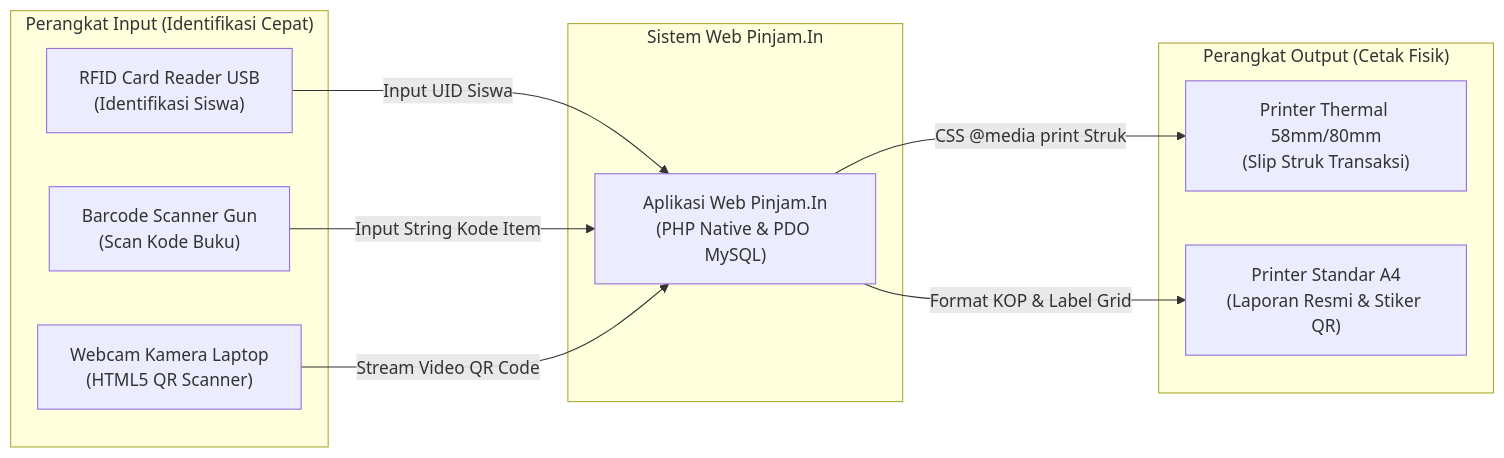
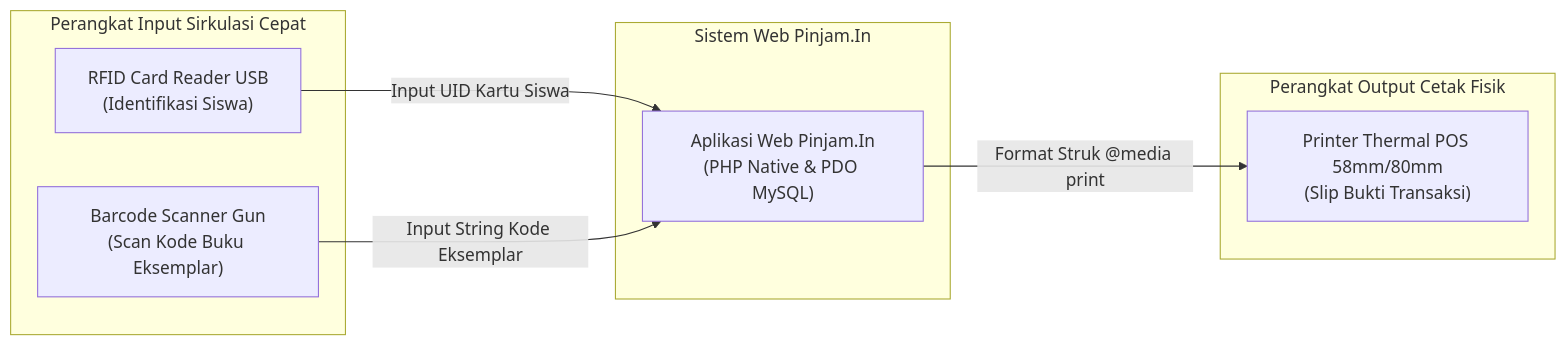
The fifth of 5 diagrams in LAPORAN_UKK_RPL_2026.md (FaridLabs/ukk2026_perpustakaan_farid), drawn with Mermaid before and after one commit. The commit also changed other lines of this file and 4 other files, not shown here.

Commit message:
docs: sesuaikan bab vi hanya memuat 3 alat rfid reader, barcode scanner, dan printer thermal lengkap dengan foto fisik asli

````diff
--- a/LAPORAN_UKK_RPL_2026.md
+++ b/LAPORAN_UKK_RPL_2026.md
@@ -654,23 +632,19 @@
 ```mermaid
 flowchart LR
-    subgraph Perangkat_Input["Perangkat Input (Identifikasi Cepat)"]
+    subgraph Input_Sirkulasi["Perangkat Input Sirkulasi Cepat"]
         RFID["RFID Card Reader USB<br/>(Identifikasi Siswa)"]
-        Barcode["Barcode Scanner Gun<br/>(Scan Kode Buku)"]
-        Webcam["Webcam Kamera Laptop<br/>(HTML5 QR Scanner)"]
+        Barcode["Barcode Scanner Gun<br/>(Scan Kode Buku Eksemplar)"]
     end
 
     subgraph Server_Aplikasi["Sistem Web Pinjam.In"]
         App["Aplikasi Web Pinjam.In<br/>(PHP Native & PDO MySQL)"]
     end
 
-    subgraph Perangkat_Output["Perangkat Output (Cetak Fisik)"]
-        Thermal["Printer Thermal 58mm/80mm<br/>(Slip Struk Transaksi)"]
-        PrinterA4["Printer Standar A4<br/>(Laporan Resmi & Stiker QR)"]
+    subgraph Output_Sirkulasi["Perangkat Output Cetak Fisik"]
+        Thermal["Printer Thermal POS 58mm/80mm<br/>(Slip Bukti Transaksi)"]
     end
 
-    RFID -->|Input UID Siswa| App
-    Barcode -->|Input String Kode Item| App
-    Webcam -->|Stream Video QR Code| App
-    App -->|CSS @media print Struk| Thermal
-    App -->|Format KOP & Label Grid| PrinterA4
+    RFID -->|Input UID Kartu Siswa| App
+    Barcode -->|Input String Kode Eksemplar| App
+    App -->|Format Struk @media print| Thermal
 ```
````
